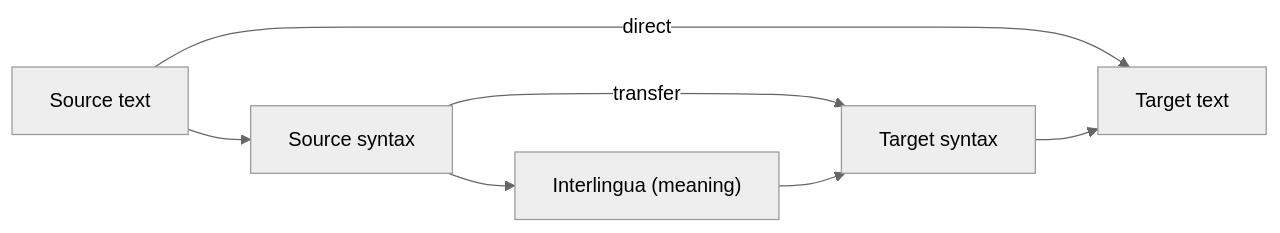
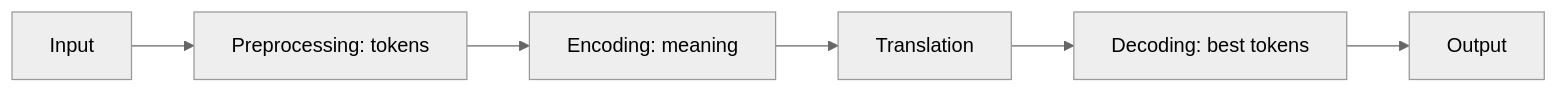
Before and after one commit to TrendySloth1001/sem-seven-notes: the diagram in content/natural-language-processing/pyq/2024-05-ce/q6a.hi.mdx, drawn with Mermaid (neutral theme). The commit also changed other lines of this file and 406 other files, not shown here.

````diff
--- a/content/natural-language-processing/pyq/2024-05-ce/q6a.hi.mdx
+++ b/content/natural-language-processing/pyq/2024-05-ce/q6a.hi.mdx
@@ -15,7 +20,9 @@
 ```mermaid
-%% caption: Source se target tak teen raaste (Vauquois triangle idea). Direct sirf words badalta hai, transfer grammar structure badalta hai, interlingua language-free meaning se guzarta hai.
+%% caption: Machine translation system ka working.
 flowchart LR
-  S["Source text"] -->|"direct"| T["Target text"]
-  S --> SS["Source syntax"] -->|"transfer"| TS["Target syntax"] --> T
-  SS --> I["Interlingua (meaning)"] --> TS
+  A["Input"] --> B["Preprocessing: tokens"]
+  B --> C["Encoding: meaning"]
+  C --> D["Translation"]
+  D --> E["Decoding: best tokens"]
+  E --> F["Output"]
 ```
````
